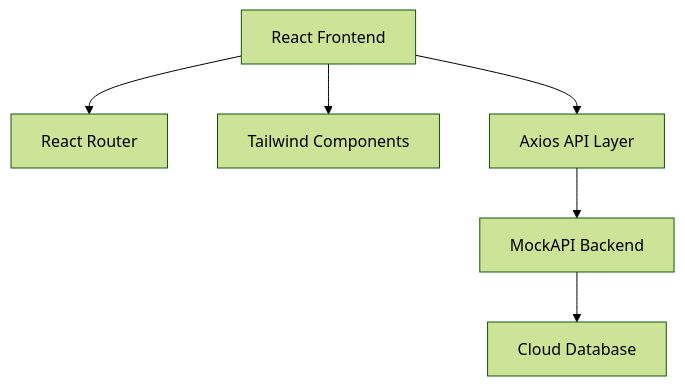
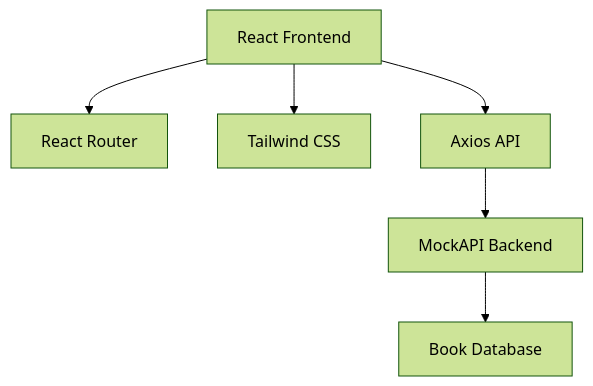
Before and after one commit to viveklanke007/Book_inventory_manager: the first of 4 diagrams in README.md, drawn with Mermaid (forest theme). The commit also changed other lines of this file, not shown here.

````diff
--- a/README.md
+++ b/README.md
@@ -108,8 +70,8 @@
 ```mermaid
 graph TD;
     A[React Frontend] --> B[React Router]
-    A --> C[Tailwind Components]
-    A --> D[Axios API Layer]
+    A --> C[Tailwind CSS]
+    A --> D[Axios API]
     D --> E[MockAPI Backend]
-    E --> F[Cloud Database]
+    E --> F[Book Database]
 ```
````
